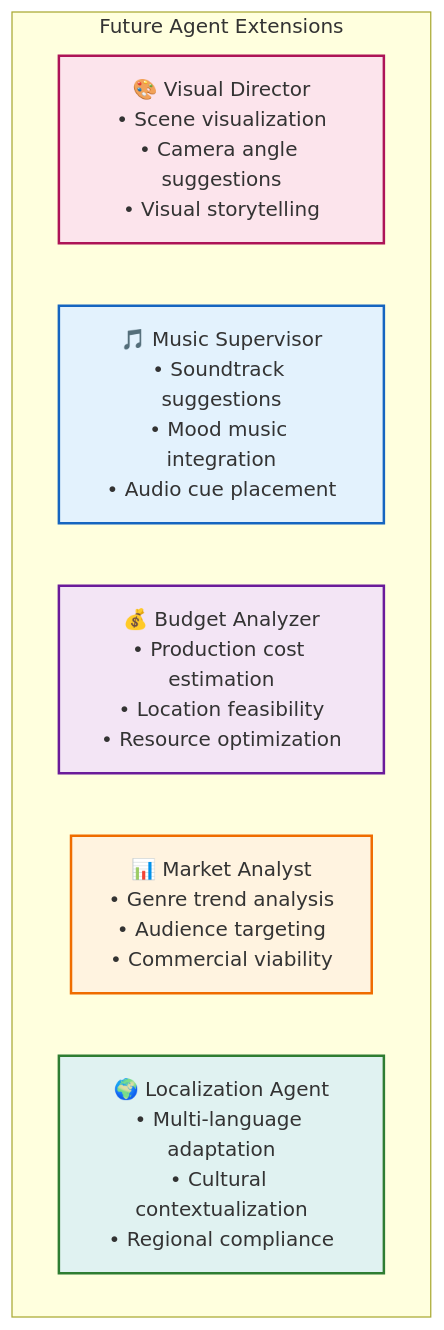
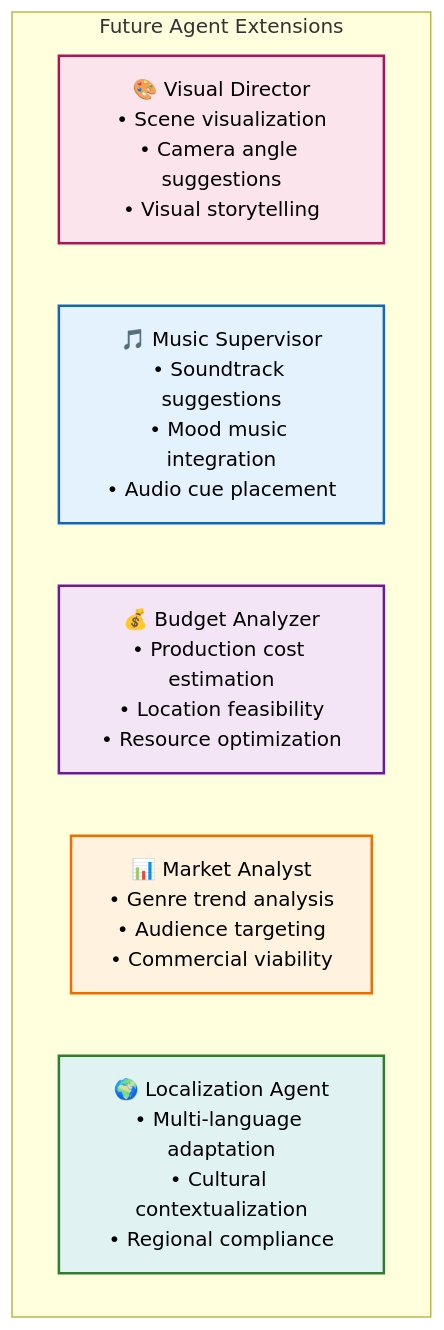
Before and after one commit to drMy5tery/Movie-Scene-Creator: diagram 12 of 13 in movie-mas/Presentation/Movie-Scene-Creator-Presentation.md, drawn with Mermaid. The commit also changed other lines of this file, not shown here.

````diff
--- a/movie-mas/Presentation/Movie-Scene-Creator-Presentation.md
+++ b/movie-mas/Presentation/Movie-Scene-Creator-Presentation.md
@@ -807,20 +807,20 @@
 ```mermaid
 graph TB
     subgraph "Future Agent Extensions"
         A1[🎨 Visual Director<br/>• Scene visualization<br/>• Camera angle suggestions<br/>• Visual storytelling]
         
         A2[🎵 Music Supervisor<br/>• Soundtrack suggestions<br/>• Mood music integration<br/>• Audio cue placement]
         
         A3[💰 Budget Analyzer<br/>• Production cost estimation<br/>• Location feasibility<br/>• Resource optimization]
         
         A4[📊 Market Analyst<br/>• Genre trend analysis<br/>• Audience targeting<br/>• Commercial viability]
         
         A5[🌍 Localization Agent<br/>• Multi-language adaptation<br/>• Cultural contextualization<br/>• Regional compliance]
         
-        style A1 fill:#fce4ec,stroke:#ad1457,stroke-width:2px
-        style A2 fill:#e3f2fd,stroke:#1565c0,stroke-width:2px
-        style A3 fill:#f3e5f5,stroke:#6a1b9a,stroke-width:2px
-        style A4 fill:#fff3e0,stroke:#ef6c00,stroke-width:2px
-        style A5 fill:#e0f2f1,stroke:#2e7d32,stroke-width:2px
+        style A1 fill:#fce4ec,stroke:#ad1457,stroke-width:2px,color:#000000
+        style A2 fill:#e3f2fd,stroke:#1565c0,stroke-width:2px,color:#000000
+        style A3 fill:#f3e5f5,stroke:#6a1b9a,stroke-width:2px,color:#000000
+        style A4 fill:#fff3e0,stroke:#ef6c00,stroke-width:2px,color:#000000
+        style A5 fill:#e0f2f1,stroke:#2e7d32,stroke-width:2px,color:#000000
     end
 ```
````
